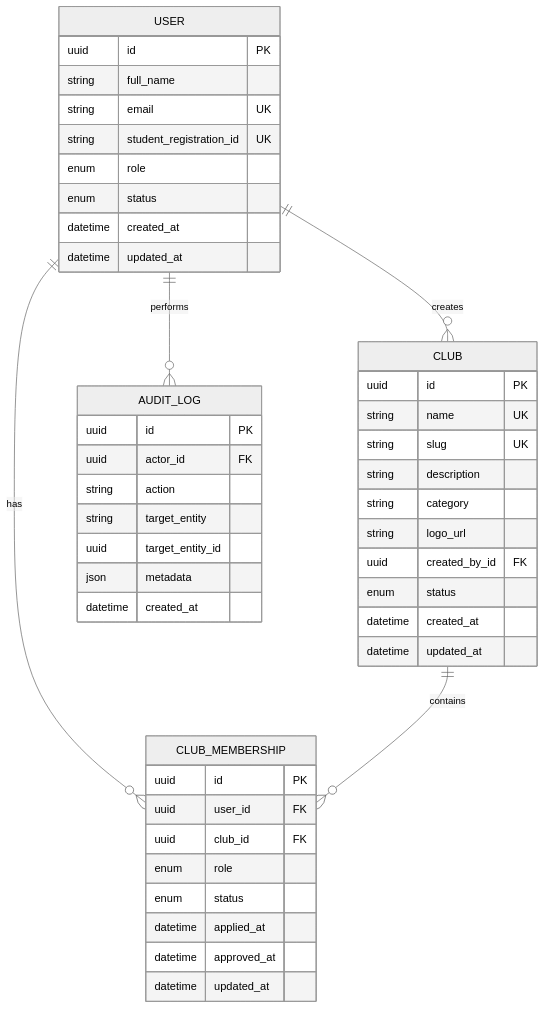
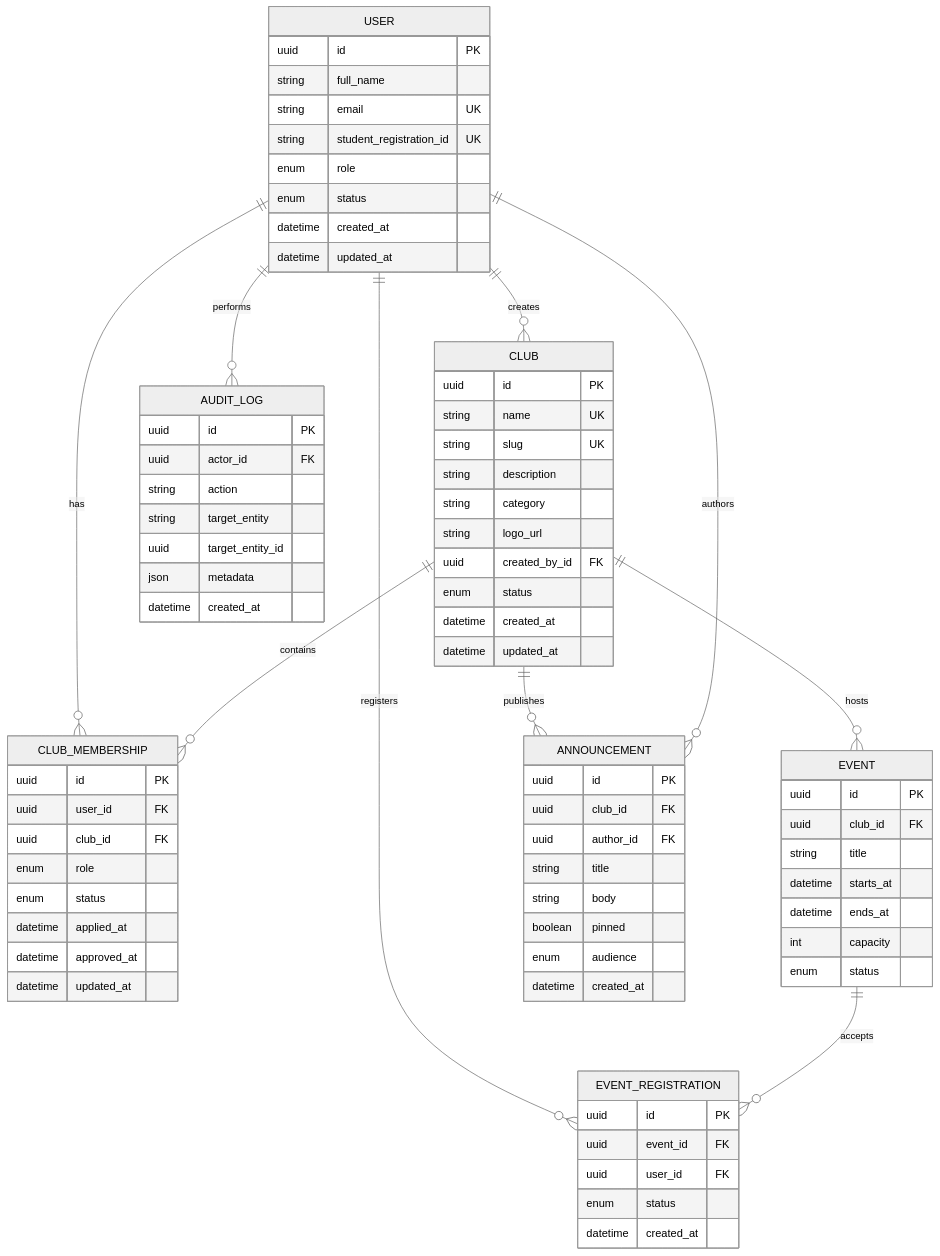
The diagram in docs/architecture/entity-relationship.md (mwalimu-j4/ISC-Digital-Build-Off-2026-clubshub), drawn with Mermaid (neutral theme) before and after one commit. The commit also changed 39 other files, not shown here.

````diff
--- a/docs/architecture/entity-relationship.md
+++ b/docs/architecture/entity-relationship.md
@@ -9,6 +9,11 @@
     USER ||--o{ CLUB_MEMBERSHIP : has
     CLUB ||--o{ CLUB_MEMBERSHIP : contains
     USER ||--o{ AUDIT_LOG : performs
+    USER ||--o{ EVENT_REGISTRATION : registers
+    EVENT ||--o{ EVENT_REGISTRATION : accepts
+    CLUB ||--o{ EVENT : hosts
+    CLUB ||--o{ ANNOUNCEMENT : publishes
+    USER ||--o{ ANNOUNCEMENT : authors
 
     USER {
         uuid id PK
@@ -54,4 +59,33 @@
         json metadata
         datetime created_at
     }
+
+    EVENT {
+        uuid id PK
+        uuid club_id FK
+        string title
+        datetime starts_at
+        datetime ends_at
+        int capacity
+        enum status
+    }
+
+    EVENT_REGISTRATION {
+        uuid id PK
+        uuid event_id FK
+        uuid user_id FK
+        enum status
+        datetime created_at
+    }
+
+    ANNOUNCEMENT {
+        uuid id PK
+        uuid club_id FK
+        uuid author_id FK
+        string title
+        string body
+        boolean pinned
+        enum audience
+        datetime created_at
+    }
 ```
````
